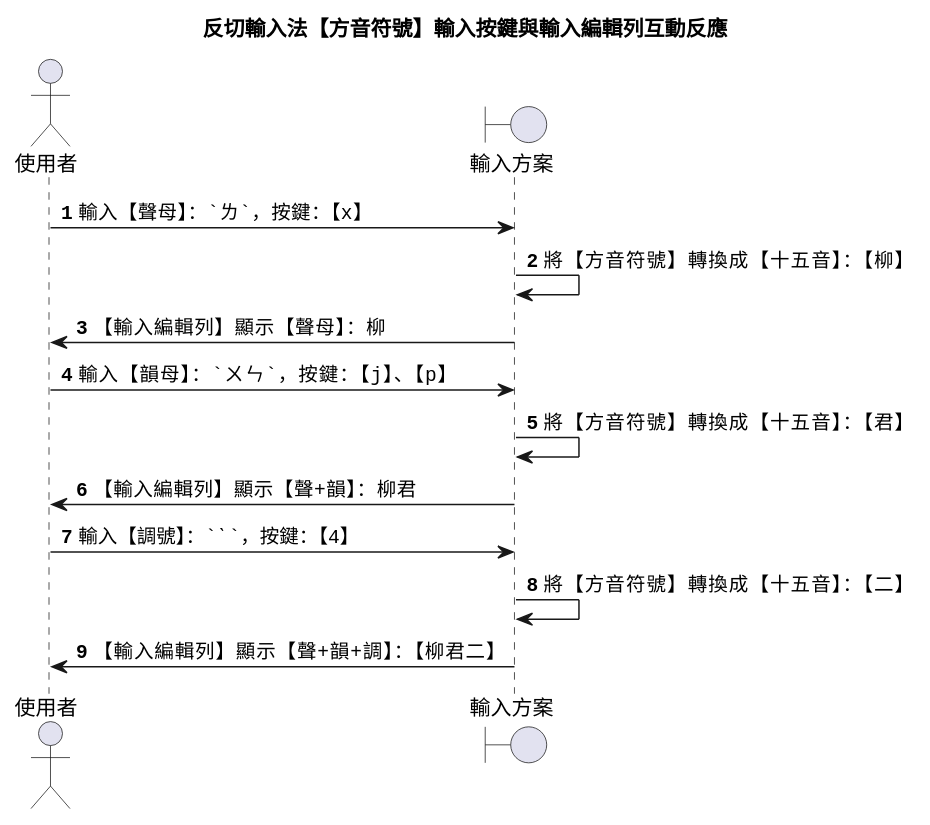
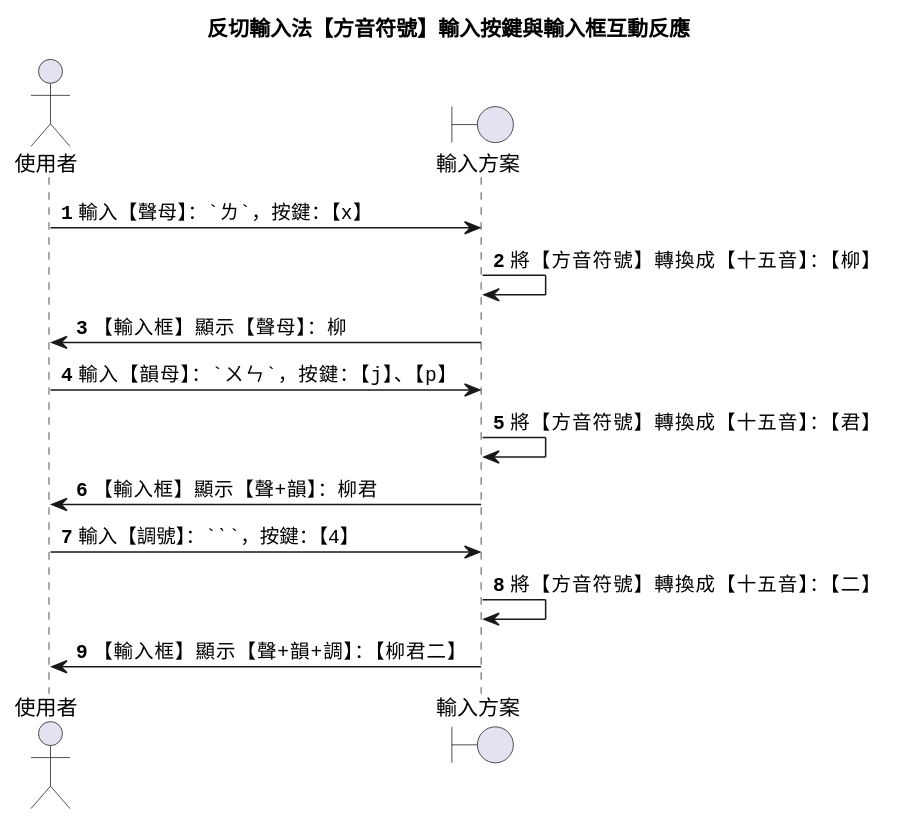
One commit to AlanJui/rime-tlpa changed the second of 12 diagrams in docs/320_反切輸入法【方音符號】設計規格.md. Above: the diagram before and after it, drawn with PlantUML. The commit also changed other lines of this file and 16 other files, not shown here.

````diff
--- a/docs/320_反切輸入法【方音符號】設計規格.md
+++ b/docs/320_反切輸入法【方音符號】設計規格.md
@@ -137,21 +137,21 @@
 ```plantuml
 @startuml
-title 反切輸入法【方音符號】輸入按鍵與輸入編輯列互動反應
+title 反切輸入法【方音符號】輸入按鍵與輸入框互動反應
 actor 使用者 as user
 boundary 輸入方案 as ime
 autonumber
 
 user -> ime : 輸入【聲母】：`ㄌ`，按鍵：【x】
 ime -> ime : 將【方音符號】轉換成【十五音】：【柳】
-ime -> user : 【輸入編輯列】顯示【聲母】：柳
+ime -> user : 【輸入框】顯示【聲母】：柳
 
 user -> ime : 輸入【韻母】：`ㄨㄣ`，按鍵：【j】、【p】
 ime -> ime : 將【方音符號】轉換成【十五音】：【君】
-ime -> user : 【輸入編輯列】顯示【聲+韻】：柳君
+ime -> user : 【輸入框】顯示【聲+韻】：柳君
 
 user -> ime : 輸入【調號】：`ˋ`，按鍵：【4】
 ime -> ime : 將【方音符號】轉換成【十五音】：【二】
-ime -> user : 【輸入編輯列】顯示【聲+韻+調】：【柳君二】
+ime -> user : 【輸入框】顯示【聲+韻+調】：【柳君二】
 
 @enduml
 ```
````
